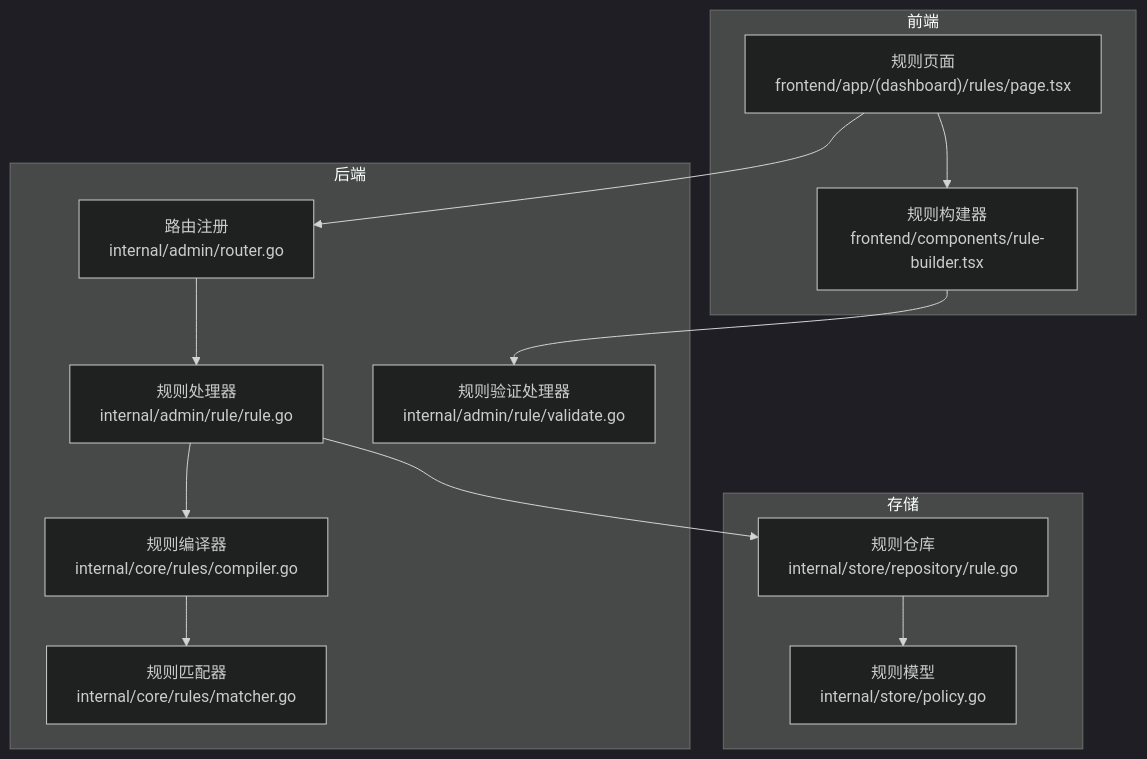
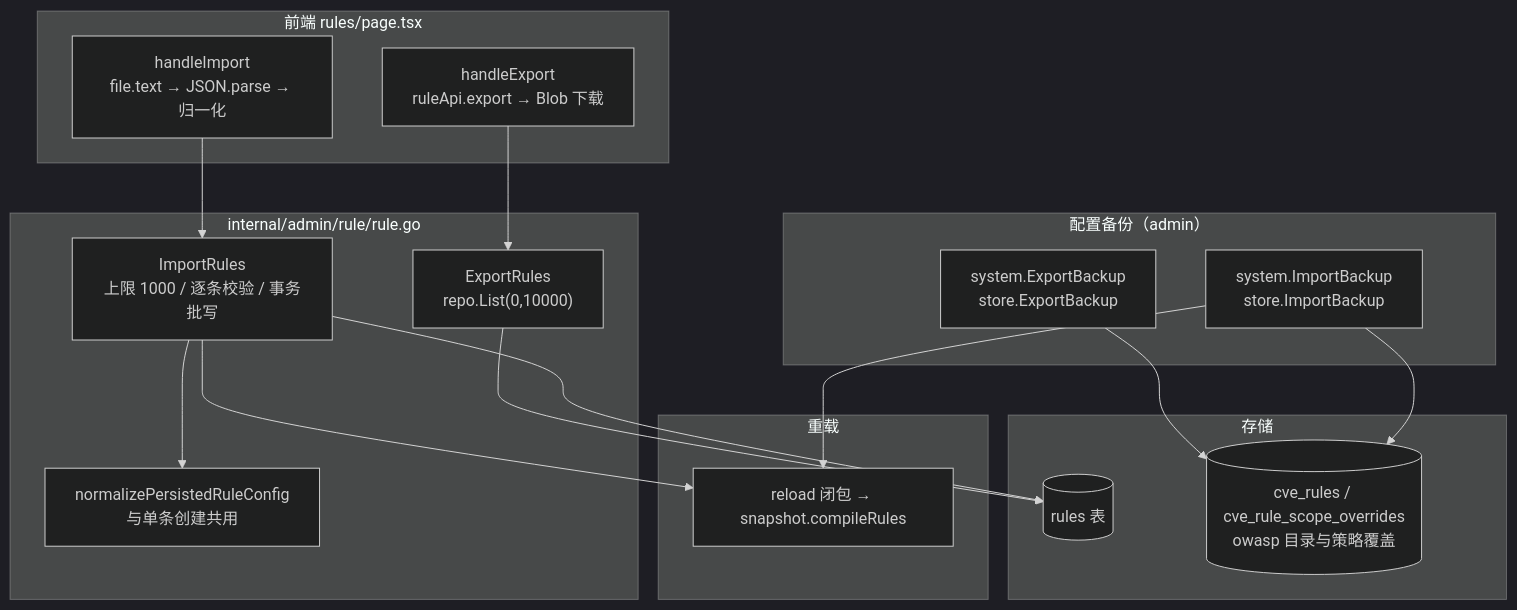
The first of 7 diagrams in docs/管理 API 系统/规则管理 API/规则导入导出.md (x01n/My-OpenWaf), drawn with Mermaid (dark theme) before and after one commit. The commit also changed other lines of this file and 622 other files, not shown here.

````diff
--- a/docs/管理 API 系统/规则管理 API/规则导入导出.md
+++ b/docs/管理 API 系统/规则管理 API/规则导入导出.md
@@ -46,26 +61,30 @@
 ```mermaid
 graph TB
-subgraph "前端"
-FE_Rules["规则页面<br/>frontend/app/(dashboard)/rules/page.tsx"]
-FE_Builder["规则构建器<br/>frontend/components/rule-builder.tsx"]
-end
-subgraph "后端"
-Router["路由注册<br/>internal/admin/router.go"]
-HandlerRule["规则处理器<br/>internal/admin/rule/rule.go"]
-HandlerValidate["规则验证处理器<br/>internal/admin/rule/validate.go"]
-Compiler["规则编译器<br/>internal/core/rules/compiler.go"]
-Matcher["规则匹配器<br/>internal/core/rules/matcher.go"]
-end
-subgraph "存储"
-RepoRule["规则仓库<br/>internal/store/repository/rule.go"]
-ModelRule["规则模型<br/>internal/store/policy.go"]
-end
-FE_Rules --> FE_Builder
-FE_Rules --> Router
-FE_Builder --> HandlerValidate
-Router --> HandlerRule
-HandlerRule --> RepoRule
-RepoRule --> ModelRule
-HandlerRule --> Compiler
-Compiler --> Matcher
+  subgraph FE["前端 rules/page.tsx"]
+    A["handleExport<br/>ruleApi.export → Blob 下载"]
+    B["handleImport<br/>file.text → JSON.parse → 归一化"]
+  end
+  subgraph BE["internal/admin/rule/rule.go"]
+    C["ExportRules<br/>repo.List(0,10000)"]
+    D["ImportRules<br/>上限 1000 / 逐条校验 / 事务批写"]
+    E["normalizePersistedRuleConfig<br/>与单条创建共用"]
+  end
+  subgraph BK["配置备份（admin）"]
+    F["system.ExportBackup<br/>store.ExportBackup"]
+    G["system.ImportBackup<br/>store.ImportBackup"]
+  end
+  subgraph DB["存储"]
+    H[("rules 表")]
+    I[("cve_rules / cve_rule_scope_overrides<br/>owasp 目录与策略覆盖")]
+  end
+  subgraph RX["重载"]
+    J["reload 闭包 → snapshot.compileRules"]
+  end
+  A --> C --> H
+  B --> D --> E
+  D --> H
+  D --> J
+  F --> I
+  G --> I
+  G --> J
 ```
````
